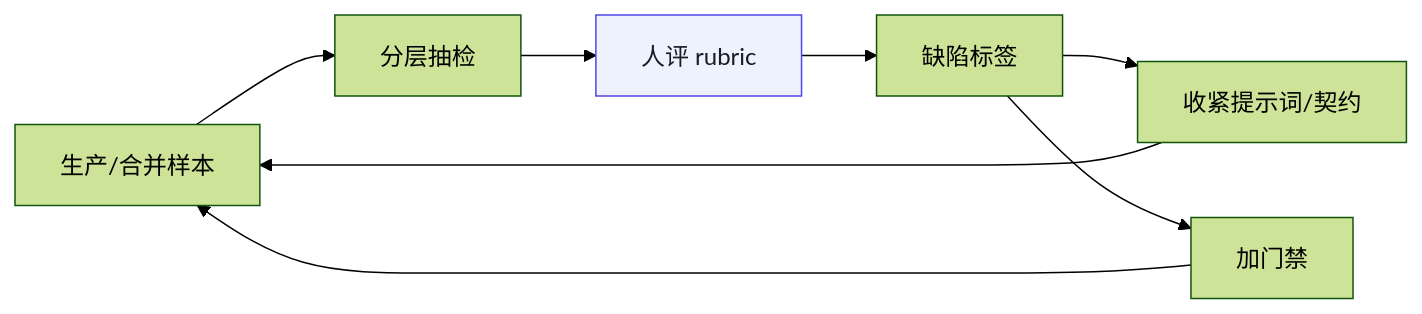
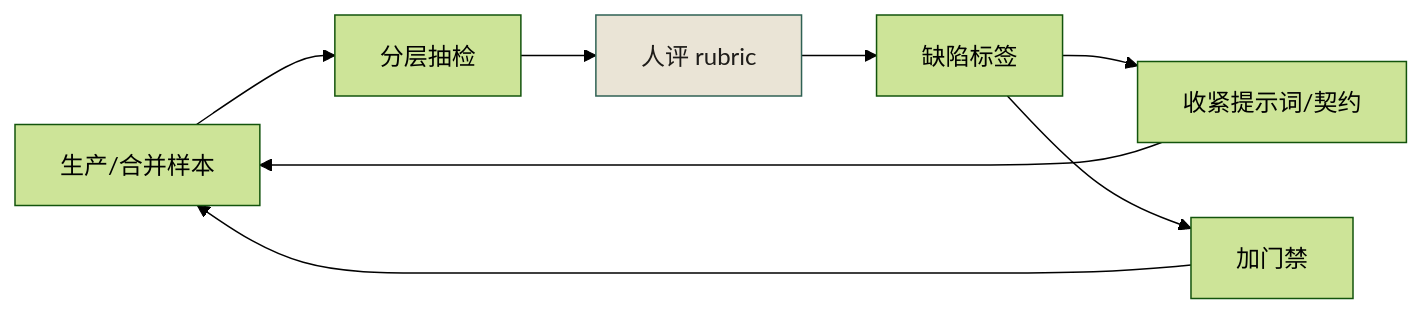
Before and after one commit to funny8kids/AI_Native_Software_Engineering: the second of 2 diagrams in docs/manuscript/ch41-附录J-AI系统工程.md, drawn with Mermaid (forest theme). The commit also changed other lines of this file and 81 other files, not shown here.

````diff
--- a/docs/manuscript/ch41-附录J-AI系统工程.md
+++ b/docs/manuscript/ch41-附录J-AI系统工程.md
@@ -73,11 +75,11 @@
 ```mermaid
 flowchart LR
   PROD[生产/合并样本] --> SAMP[分层抽检]
   SAMP --> RUB[人评 rubric]
   RUB --> TAG[缺陷标签]
   TAG --> PROMPT[收紧提示词/契约]
   TAG --> GATE[加门禁]
   PROMPT --> PROD
   GATE --> PROD
-  style RUB fill:#eef2ff,stroke:#4f46e5,color:#1a1d23
+  style RUB fill:#eae4d6,stroke:#2f6154,color:#1e1c19
 ```
````
